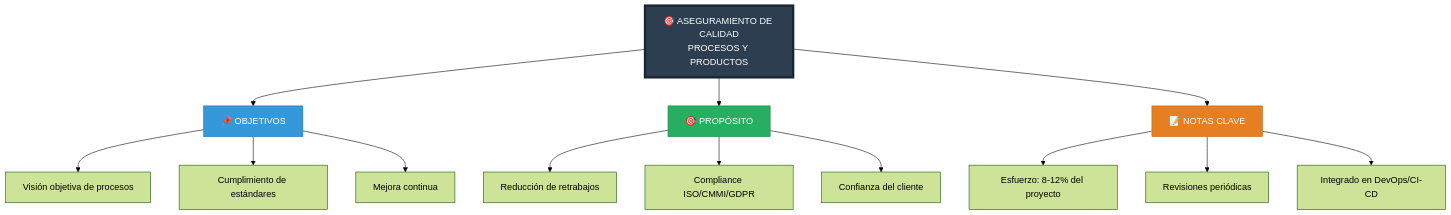
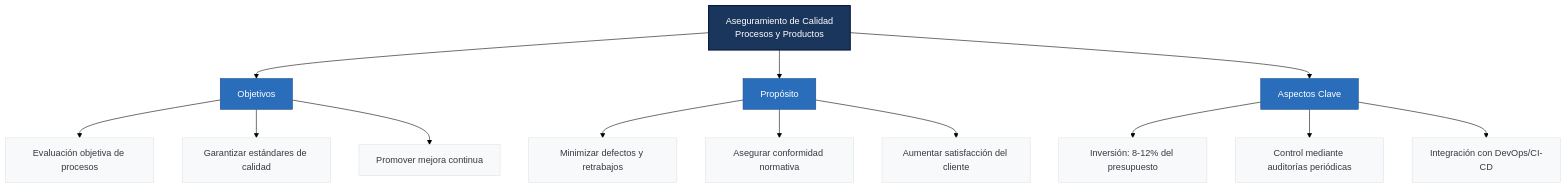
The first of 4 diagrams in README.md (titoruizh/Topico_Ing_Software), drawn with Mermaid (forest theme) before and after one commit.

Commit message:
Update quality assurance diagram in README

````diff
--- a/README.md
+++ b/README.md
@@ -6,25 +6,27 @@
 ```mermaid
 graph TD
-    A[🎯 ASEGURAMIENTO DE CALIDAD<br/>PROCESOS Y PRODUCTOS]
-    A --> B1[📌 OBJETIVOS]
-    A --> B2[🎯 PROPÓSITO]
-    A --> B3[📝 NOTAS CLAVE]
+    A[Aseguramiento de Calidad<br>Procesos y Productos] --> B1[Objetivos]
+    A --> B2[Propósito]
+    A --> B3[Aspectos Clave]
 
-    B1 --> C1[Visión objetiva de procesos]
-    B1 --> C2[Cumplimiento de estándares]
-    B1 --> C3[Mejora continua]
+    B1 --> C1[Evaluación objetiva de procesos]
+    B1 --> C2[Garantizar estándares de calidad]
+    B1 --> C3[Promover mejora continua]
 
-    B2 --> C4[Reducción de retrabajos]
-    B2 --> C5[Compliance ISO/CMMI/GDPR]
-    B2 --> C6[Confianza del cliente]
+    B2 --> C4[Minimizar defectos y retrabajos]
+    B2 --> C5[Asegurar conformidad normativa]
+    B2 --> C6[Aumentar satisfacción del cliente]
 
-    B3 --> C7[Esfuerzo: 8-12% del proyecto]
-    B3 --> C8[Revisiones periódicas]
-    B3 --> C9[Integrado en DevOps/CI-CD]
+    B3 --> C7[Inversión: 8-12% del presupuesto]
+    B3 --> C8[Control mediante auditorías periódicas]
+    B3 --> C9[Integración con DevOps/CI-CD]
 
-    style A fill:#2C3E50,stroke:#1A252F,stroke-width:4px,color:#FFF
-    style B1 fill:#3498DB,stroke:#2874A6,color:#FFF
-    style B2 fill:#27AE60,stroke:#1E8449,color:#FFF
-    style B3 fill:#E67E22,stroke:#CA6F1E,color:#FFF
+    classDef principal fill:#1A365D,stroke:#0A1C3D,color:white,stroke-width:2px
+    classDef categoria fill:#2A6EBB,stroke:#1A4D8A,color:white,stroke-width:1px
+    classDef elemento fill:#F8F9FA,stroke:#DEE2E6,color:#343A40,stroke-width:1px
+
+    class A principal
+    class B1,B2,B3 categoria
+    class C1,C2,C3,C4,C5,C6,C7,C8,C9 elemento
 
 ```
````
